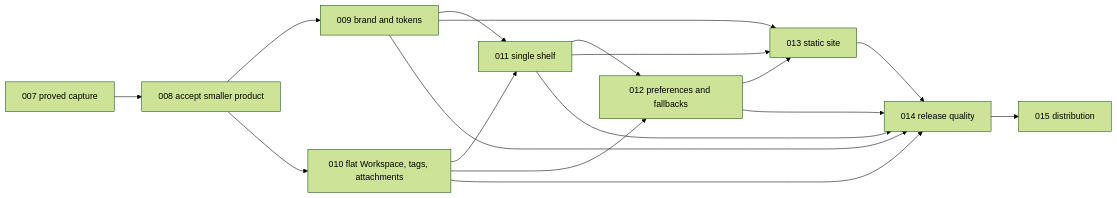
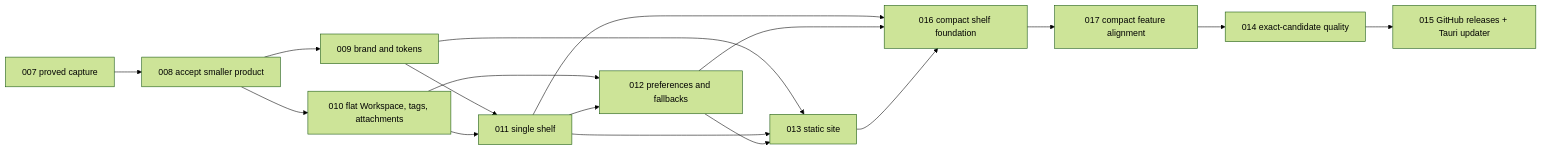
One commit to SimonHazard/Charon changed the diagram in plans/README.md. Above: the diagram before and after it, drawn with Mermaid (forest theme). The commit also changed other lines of this file and 18 other files, not shown here.

Commit message:
docs(plans): retarget compact shelf and github releases

````diff
--- a/plans/README.md
+++ b/plans/README.md
@@ -70,19 +94,19 @@
 ```mermaid
 flowchart LR
   P7["007 proved capture"] --> P8["008 accept smaller product"]
   P8 --> P9["009 brand and tokens"]
   P8 --> P10["010 flat Workspace, tags, attachments"]
   P9 --> P11["011 single shelf"]
   P10 --> P11
   P10 --> P12["012 preferences and fallbacks"]
   P11 --> P12
   P9 --> P13["013 static site"]
   P11 --> P13
   P12 --> P13
-  P9 --> P14["014 release quality"]
-  P10 --> P14
-  P11 --> P14
-  P12 --> P14
-  P13 --> P14
-  P14 --> P15["015 distribution"]
+  P11 --> P16["016 compact shelf foundation"]
+  P12 --> P16
+  P13 --> P16
+  P16 --> P17["017 compact feature alignment"]
+  P17 --> P14["014 exact-candidate quality"]
+  P14 --> P15["015 GitHub releases + Tauri updater"]
 ```
````
